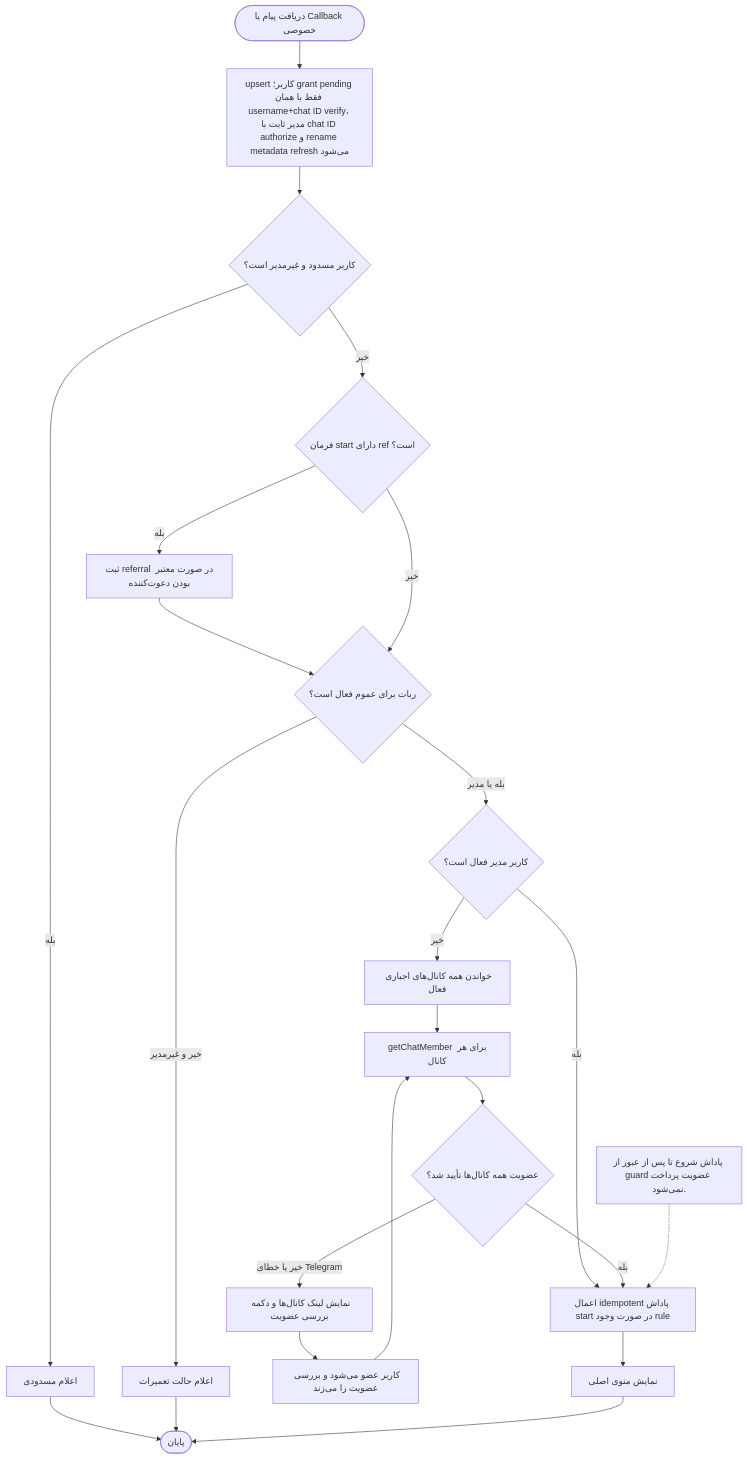
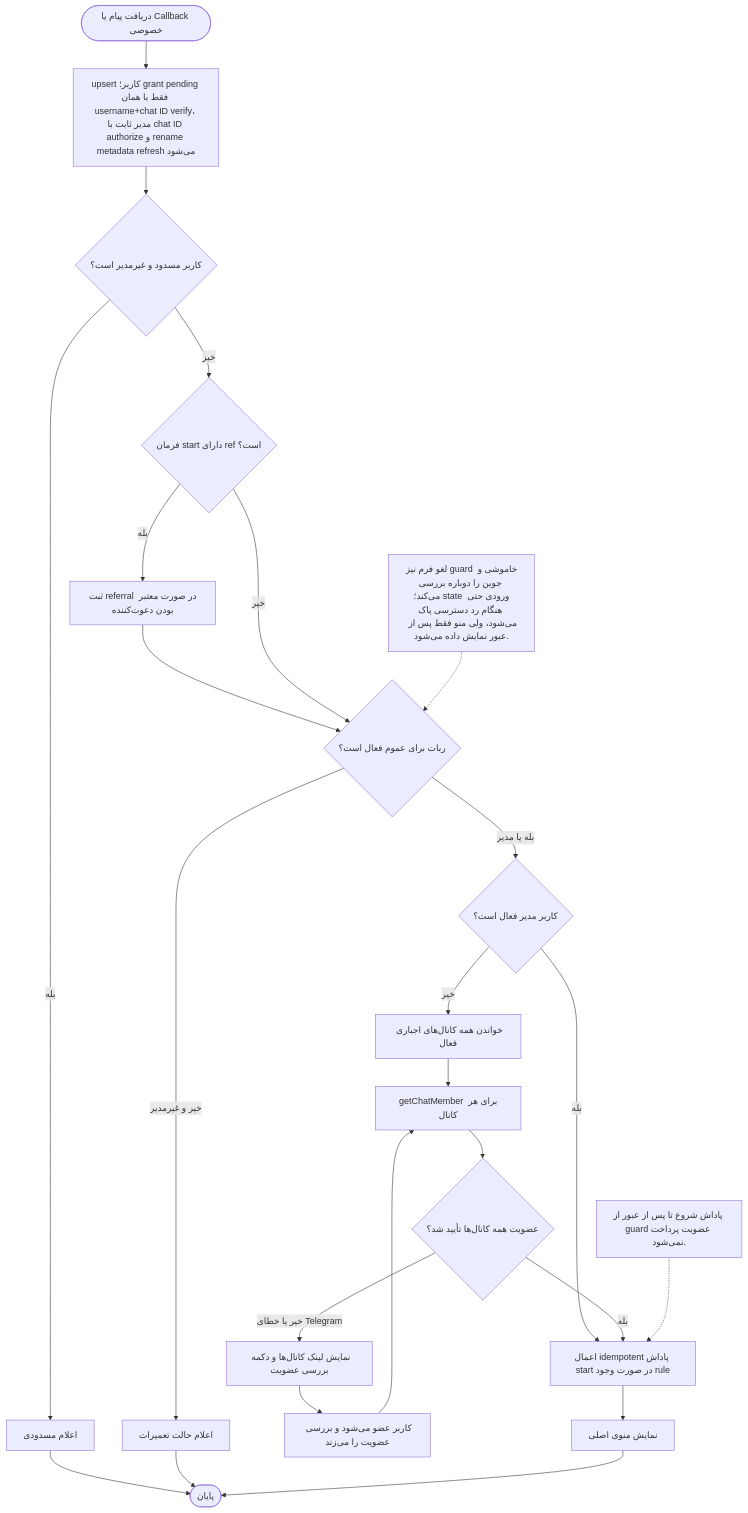
The diagram in docs/diagrams/07-activity-onboarding-forced-join.mmd (mohamadkheiry/aibotTelegram), drawn with Mermaid before and after one commit. The commit also changed 18 other files, not shown here.

Commit message:
Audit full specification journeys and fix four UI flow mismatches

```diff
--- a/docs/diagrams/07-activity-onboarding-forced-join.mmd
+++ b/docs/diagrams/07-activity-onboarding-forced-join.mmd
@@ -1,34 +1,36 @@
 flowchart TD
     A(["دریافت پیام یا Callback خصوصی"])
     B["upsert کاربر؛ grant pending فقط با همان username+chat ID verify، مدیر ثابت با chat ID authorize و rename metadata refresh می‌شود"]
     C{"کاربر مسدود و غیرمدیر است؟"}
     D["اعلام مسدودی"]
     E{"فرمان start دارای ref است؟"}
     F["ثبت referral در صورت معتبر بودن دعوت‌کننده"]
     G{"ربات برای عموم فعال است؟"}
     H["اعلام حالت تعمیرات"]
     I{"کاربر مدیر فعال است؟"}
     J["خواندن همه کانال‌های اجباری فعال"]
     K["getChatMember برای هر کانال"]
     L{"عضویت همه کانال‌ها تأیید شد؟"}
     M["نمایش لینک کانال‌ها و دکمه بررسی عضویت"]
     N["کاربر عضو می‌شود و بررسی عضویت را می‌زند"]
     O["اعمال idempotent پاداش start در صورت وجود rule"]
     P["نمایش منوی اصلی"]
     Z(["پایان"])
 
     A --> B --> C
     C -->|"بله"| D --> Z
     C -->|"خیر"| E
     E -->|"بله"| F --> G
     E -->|"خیر"| G
     G -->|"خیر و غیرمدیر"| H --> Z
     G -->|"بله یا مدیر"| I
     I -->|"بله"| O
     I -->|"خیر"| J --> K --> L
     L -->|"خیر یا خطای Telegram"| M --> N --> K
     L -->|"بله"| O
     O --> P --> Z
 
     Safe["پاداش شروع تا پس از عبور از guard عضویت پرداخت نمی‌شود."]
     Safe -.-> O
+    Cancel["لغو فرم نیز guard خاموشی و جوین را دوباره بررسی می‌کند؛ state ورودی حتی هنگام رد دسترسی پاک می‌شود، ولی منو فقط پس از عبور نمایش داده می‌شود."]
+    Cancel -.-> G
```
